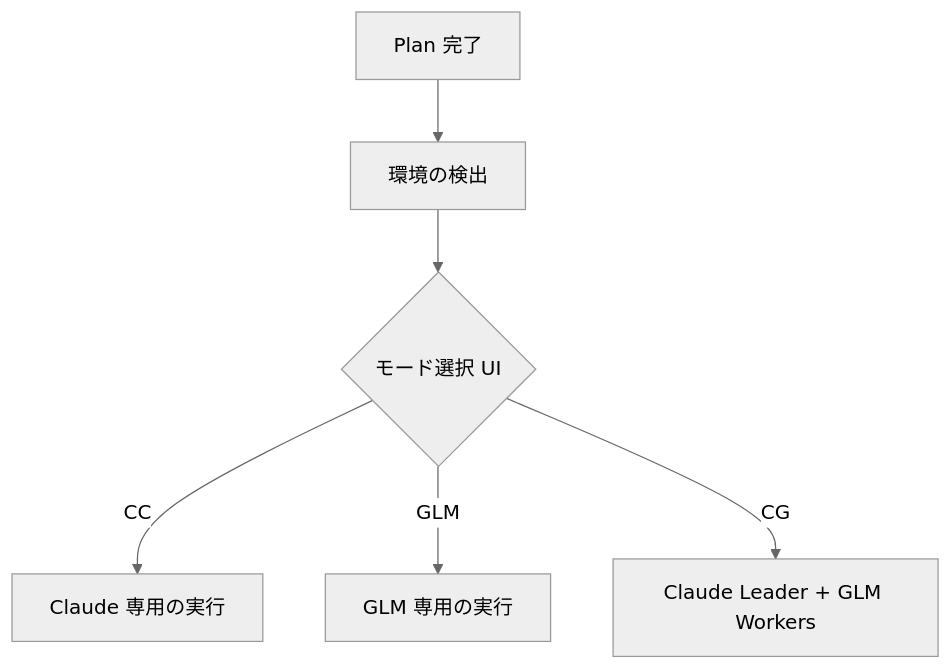
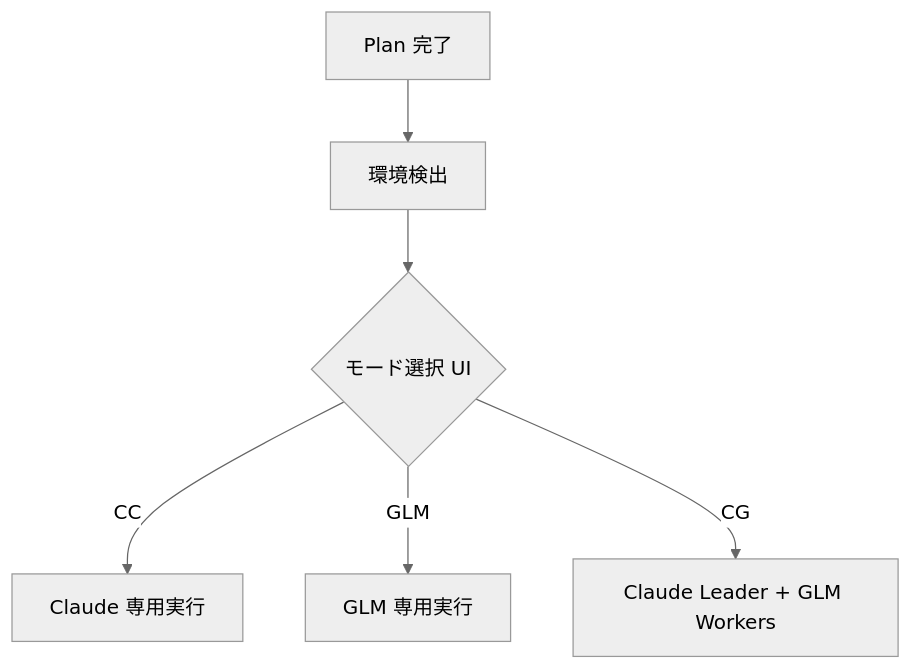
Before and after one commit to modu-ai/moai-adk: the fifth of 5 diagrams in docs-site/content/ja/core-concepts/what-is-moai-adk.md, drawn with Mermaid (neutral theme). The commit also changed other lines of this file and 180 other files, not shown here.

````diff
--- a/docs-site/content/ja/core-concepts/what-is-moai-adk.md
+++ b/docs-site/content/ja/core-concepts/what-is-moai-adk.md
@@ -381,8 +382,8 @@
 ```mermaid
 flowchart TD
-    A["Plan 完了"] --> B["環境の検出"]
+    A["Plan 完了"] --> B["環境検出"]
     B --> C{"モード選択 UI"}
-    C -->|"CC"| D["Claude 専用の実行"]
-    C -->|"GLM"| E["GLM 専用の実行"]
+    C -->|"CC"| D["Claude 専用実行"]
+    C -->|"GLM"| E["GLM 専用実行"]
     C -->|"CG"| F["Claude Leader + GLM Workers"]
 ```
````
